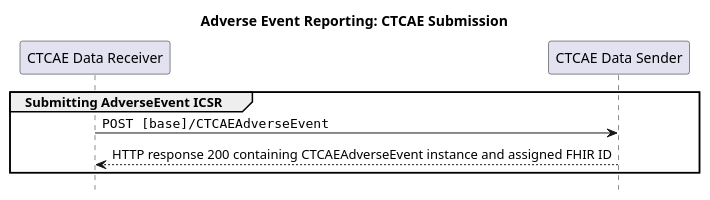
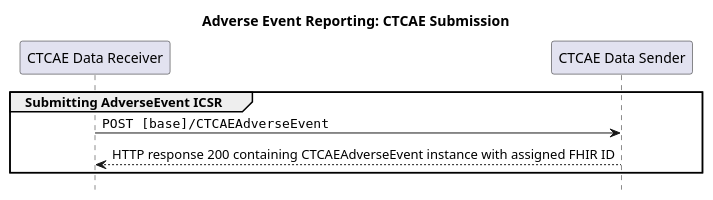
One commit to standardhealth/fsh-ae changed the diagram in input/images-source/ae-icsr-exchange.plantuml. Above: the diagram before and after it, drawn with PlantUML. The commit also changed 2 other files, not shown here.

```diff
--- a/input/images-source/ae-icsr-exchange.plantuml
+++ b/input/images-source/ae-icsr-exchange.plantuml
@@ -1,14 +1,14 @@
 @startuml
 skinparam defaultFontName Arial
 
 title Adverse Event Reporting: CTCAE Submission
 hide footbox
 participant "CTCAE Data Receiver" as Receiver
 participant "CTCAE Data Sender" as Sender
 
 group Submitting AdverseEvent ICSR
     "Receiver" -> "Sender" : ""POST [base]/CTCAEAdverseEvent""
-    "Sender" --> "Receiver" : HTTP response 200 containing CTCAEAdverseEvent instance and assigned FHIR ID
+    "Sender" --> "Receiver" : HTTP response 200 containing CTCAEAdverseEvent instance with assigned FHIR ID
 end
 
 @enduml
```
